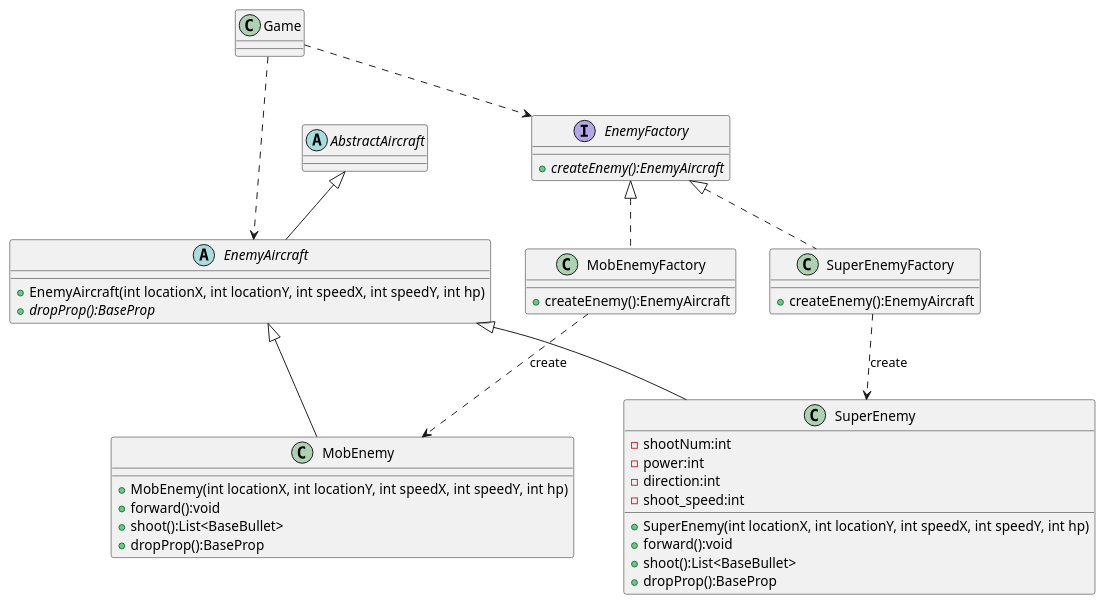
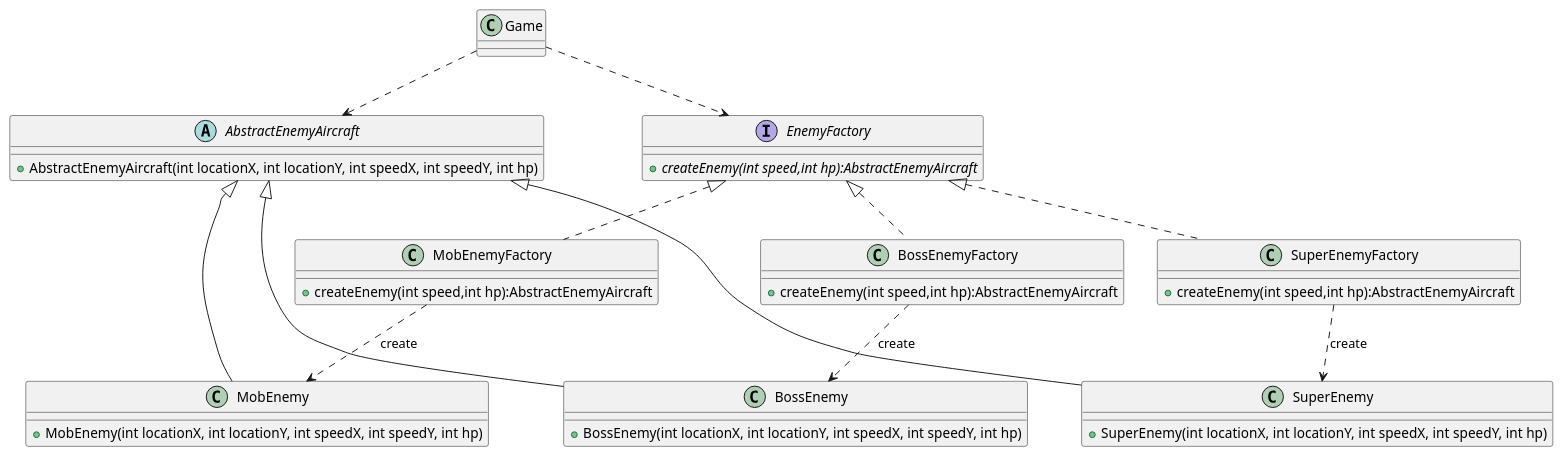
One commit to jirange/aircraft-war changed the diagram in uml/exp2-工厂模式敌机UML类图.puml. Above: the diagram before and after it, drawn with PlantUML. The commit also changed 21 other files, not shown here.

```diff
--- a/uml/exp2-工厂模式敌机UML类图.puml
+++ b/uml/exp2-工厂模式敌机UML类图.puml
@@ -1,52 +1,53 @@
 @startuml
 'https://plantuml.com/sequence-diagram
+
+abstract class AbstractEnemyAircraft {
+    + AbstractEnemyAircraft(int locationX, int locationY, int speedX, int speedY, int hp)
+}
+
+
 class MobEnemy {
 '普通敌机类
     + MobEnemy(int locationX, int locationY, int speedX, int speedY, int hp)
-    + forward():void
-    + shoot():List<BaseBullet>
-    + dropProp():BaseProp
 }
-EnemyAircraft <|-- MobEnemy
 
 class SuperEnemy {
 '精英敌机类
-    - shootNum:int
-    - power:int
-    - direction:int
-    - shoot_speed:int
+    + SuperEnemy(int locationX, int locationY, int speedX, int speedY, int hp)
+}
 
-    + SuperEnemy(int locationX, int locationY, int speedX, int speedY, int hp)
-    + forward():void
-    + shoot():List<BaseBullet>
-    + dropProp():BaseProp
+class BossEnemy {
+'boss敌机类
+    + BossEnemy(int locationX, int locationY, int speedX, int speedY, int hp)
 }
-EnemyAircraft <|-- SuperEnemy
 
-abstract class EnemyAircraft {
-    + EnemyAircraft(int locationX, int locationY, int speedX, int speedY, int hp)
-    + {abstract} dropProp():BaseProp
-}
-abstract class AbstractAircraft {
-}
-AbstractAircraft <|-- EnemyAircraft
+
 
 interface EnemyFactory{
-    + {abstract} createEnemy():EnemyAircraft
+    + {abstract} createEnemy(int speed,int hp):AbstractEnemyAircraft
 }
 class MobEnemyFactory {
-    + createEnemy():EnemyAircraft
+    + createEnemy(int speed,int hp):AbstractEnemyAircraft
 }
 class SuperEnemyFactory {
-    + createEnemy():EnemyAircraft
+    + createEnemy(int speed,int hp):AbstractEnemyAircraft
+}
+class BossEnemyFactory {
+    + createEnemy(int speed,int hp):AbstractEnemyAircraft
 }
 
 EnemyFactory<|.. MobEnemyFactory
 EnemyFactory<|.. SuperEnemyFactory
+EnemyFactory<|.. BossEnemyFactory
+AbstractEnemyAircraft <|-- MobEnemy
+AbstractEnemyAircraft <|-- SuperEnemy
+AbstractEnemyAircraft <|-- BossEnemy
+
 
 MobEnemyFactory ..> MobEnemy:"«create»"
 SuperEnemyFactory ..> SuperEnemy:"«create»"
+BossEnemyFactory ..> BossEnemy:"«create»"
 Game ..> EnemyFactory
-Game ..> EnemyAircraft
+Game ..> AbstractEnemyAircraft
 
 @enduml
```
